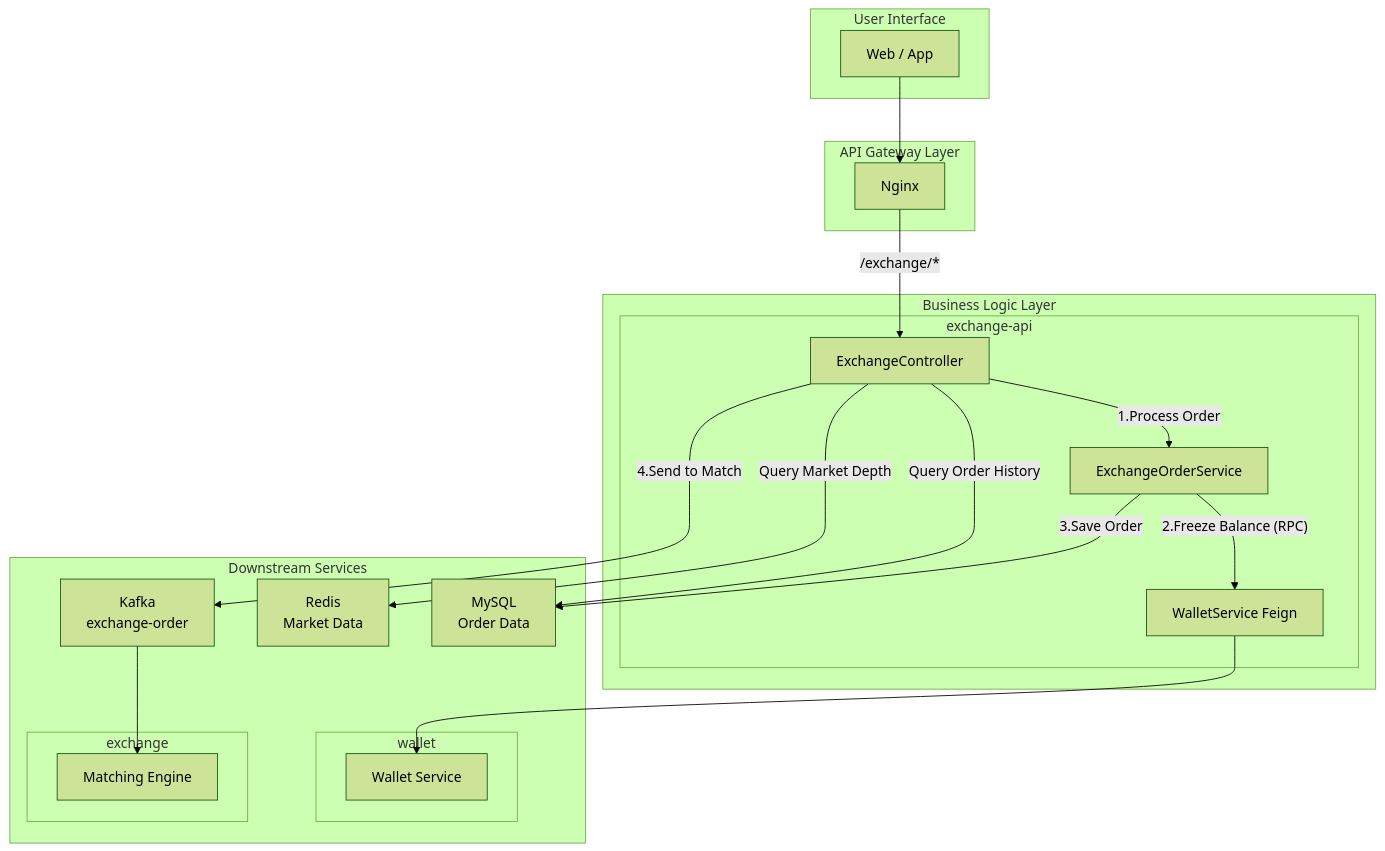
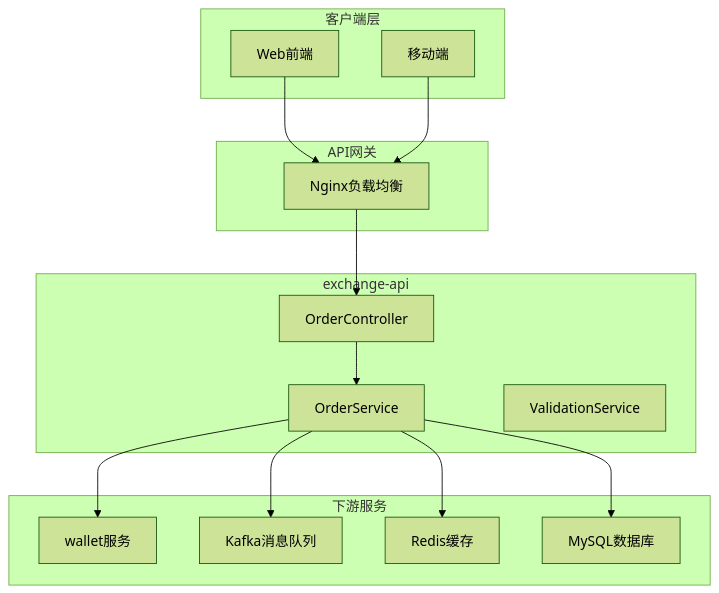
The second of 3 diagrams in doc/12.交易网关 (exchange-api) 源码剖析.md (kick-pixel/btc_eth_bizzan_contract_Exchange_ztuo_jiaoyisuo), drawn with Mermaid (forest theme) before and after one commit. The commit also changed other lines of this file and 27 other files, not shown here.

````diff
--- a/doc/12.交易网关 (exchange-api) 源码剖析.md
+++ b/doc/12.交易网关 (exchange-api) 源码剖析.md
@@ -23,41 +79,33 @@
 ```mermaid
 graph TD
-    subgraph "User Interface"
-        Client["Web / App"]
+    subgraph "客户端层"
+        Web[Web前端]
+        Mobile[移动端]
     end
 
-    subgraph "API Gateway Layer"
-        Nginx
+    subgraph "API网关"
+        Nginx[Nginx负载均衡]
     end
 
-    subgraph "Business Logic Layer"
-        subgraph "exchange-api"
-            EC["ExchangeController"]
-            EOS["ExchangeOrderService"]
-            WSF["WalletService Feign"]
-        end
+    subgraph "exchange-api"
+        Controller[OrderController]
+        Service[OrderService]
+        Validation[ValidationService]
     end
 
-    subgraph "Downstream Services"
-        subgraph "wallet"
-            WalletService["Wallet Service"]
-        end
-        subgraph "exchange"
-            MatchingEngine["Matching Engine"]
-        end
-        Kafka["Kafka<br>exchange-order"]
-        Redis["Redis<br>Market Data"]
-        MySQL["MySQL<br>Order Data"]
+    subgraph "下游服务"
+        Wallet[wallet服务]
+        Kafka[Kafka消息队列]
+        Redis[Redis缓存]
+        MySQL[MySQL数据库]
     end
 
-    Client --> Nginx
-    Nginx -- "/exchange/*" --> EC
-    EC -- "1.Process Order" --> EOS
-    EOS -- "2.Freeze Balance (RPC)" --> WSF
-    WSF --> WalletService
-    EOS -- "3.Save Order" --> MySQL
-    EC -- "4.Send to Match" --> Kafka
-    EC -- "Query Market Depth" --> Redis
-    EC -- "Query Order History" --> MySQL
-    Kafka --> MatchingEngine
+    Web --> Nginx
+    Mobile --> Nginx
+    Nginx --> Controller
+    Controller --> Service
+    Service --> Wallet
+    Service --> Kafka
+    Service --> MySQL
+    Service --> Redis
 ```
````
